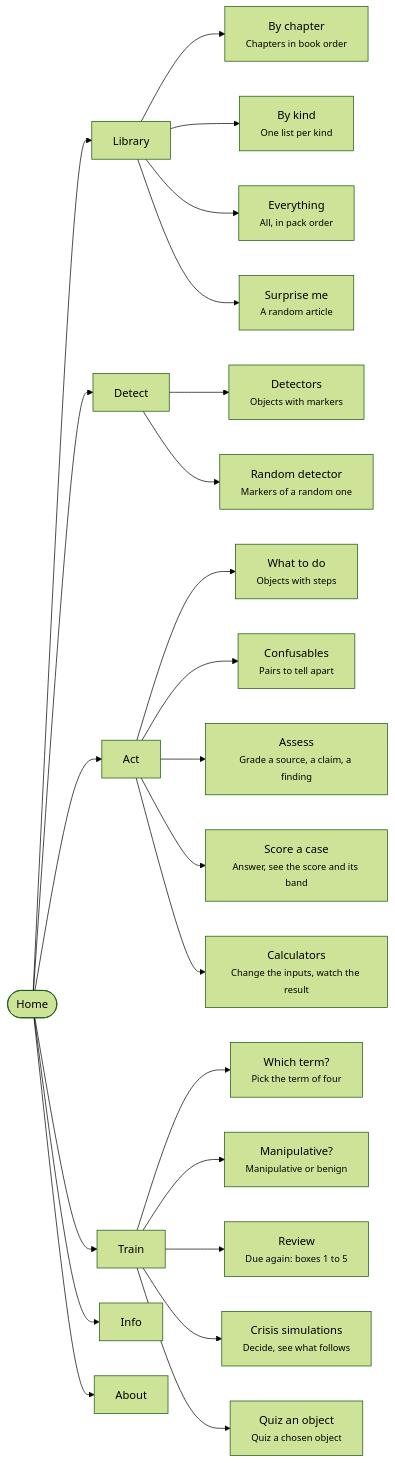
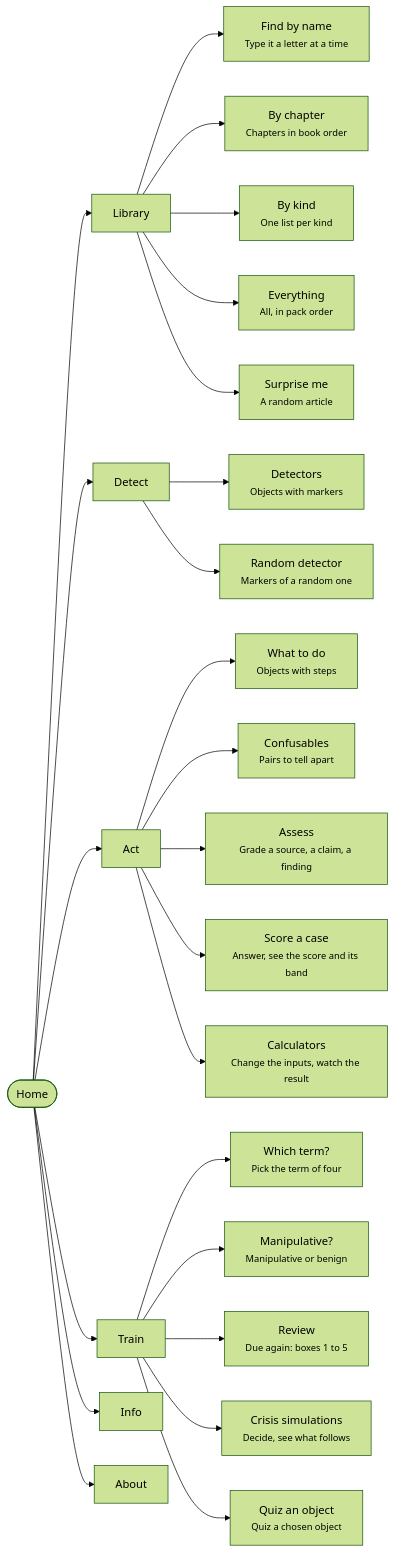
Before and after one commit to korczis/prismatic-flipperzero: the first of 3 diagrams in README.md, drawn with Mermaid (forest theme). The commit also changed other lines of this file and 58 other files, not shown here.

````diff
--- a/README.md
+++ b/README.md
@@ -165,26 +165,27 @@
 ```mermaid
 flowchart LR
   home(["Home"])
   home --> h0["Library"]
-  h0 --> h0e0["By chapter<br/><small>Chapters in book order</small>"]
-  h0 --> h0e1["By kind<br/><small>One list per kind</small>"]
-  h0 --> h0e2["Everything<br/><small>All, in pack order</small>"]
-  h0 --> h0e3["Surprise me<br/><small>A random article</small>"]
+  h0 --> h0e0["Find by name<br/><small>Type it a letter at a time</small>"]
+  h0 --> h0e1["By chapter<br/><small>Chapters in book order</small>"]
+  h0 --> h0e2["By kind<br/><small>One list per kind</small>"]
+  h0 --> h0e3["Everything<br/><small>All, in pack order</small>"]
+  h0 --> h0e4["Surprise me<br/><small>A random article</small>"]
   home --> h1["Detect"]
   h1 --> h1e0["Detectors<br/><small>Objects with markers</small>"]
   h1 --> h1e1["Random detector<br/><small>Markers of a random one</small>"]
   home --> h2["Act"]
   h2 --> h2e0["What to do<br/><small>Objects with steps</small>"]
   h2 --> h2e1["Confusables<br/><small>Pairs to tell apart</small>"]
   h2 --> h2e2["Assess<br/><small>Grade a source, a claim, a finding</small>"]
   h2 --> h2e3["Score a case<br/><small>Answer, see the score and its band</small>"]
   h2 --> h2e4["Calculators<br/><small>Change the inputs, watch the result</small>"]
   home --> h3["Train"]
   h3 --> h3e0["Which term?<br/><small>Pick the term of four</small>"]
   h3 --> h3e1["Manipulative?<br/><small>Manipulative or benign</small>"]
   h3 --> h3e2["Review<br/><small>Due again: boxes 1 to 5</small>"]
   h3 --> h3e3["Crisis simulations<br/><small>Decide, see what follows</small>"]
   h3 --> h3e4["Quiz an object<br/><small>Quiz a chosen object</small>"]
   home --> t0["Info"]
   home --> t1["About"]
 ```
````
